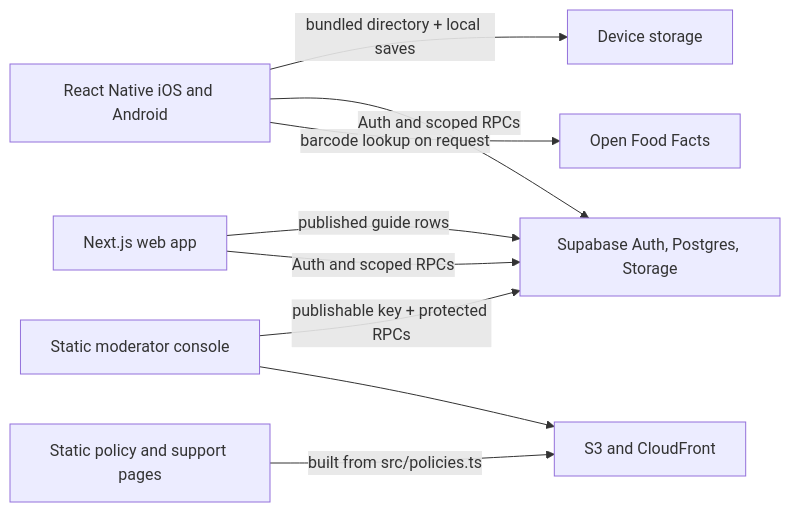
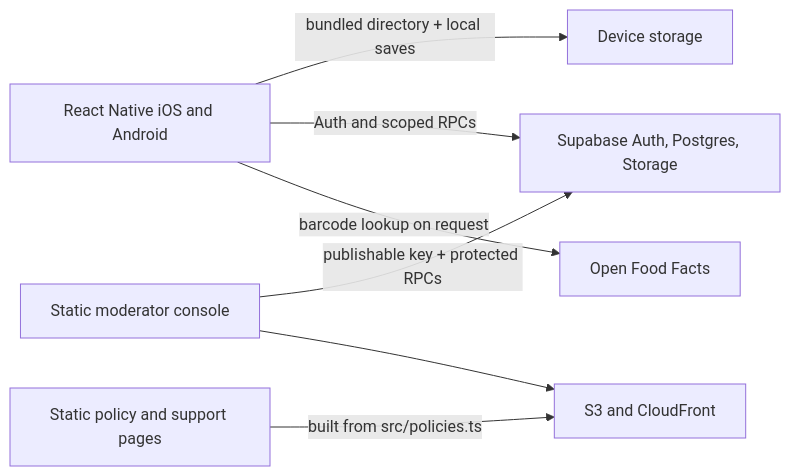
One commit to pa-mi-su/instead changed the diagram in README.md. Above: the diagram before and after it, drawn with Mermaid. The commit also changed other lines of this file and 57 other files, not shown here.

First line of the commit message:
Simplify platform CI/CD, remove unused Next.js app, and support Play releases (#60)

````diff
--- a/README.md
+++ b/README.md
@@ -20,11 +20,9 @@
 ```mermaid
 flowchart LR
   RN[React Native iOS and Android] -->|bundled directory + local saves| NativeStore[Device storage]
   RN -->|Auth and scoped RPCs| SB[Supabase Auth, Postgres, Storage]
   RN -->|barcode lookup on request| OFF[Open Food Facts]
-  Web[Next.js web app] -->|published guide rows| SB
-  Web -->|Auth and scoped RPCs| SB
   Admin[Static moderator console] -->|publishable key + protected RPCs| SB
   Policy[Static policy and support pages] -->|built from src/policies.ts| CDN[S3 and CloudFront]
   Admin --> CDN
 ```
````
